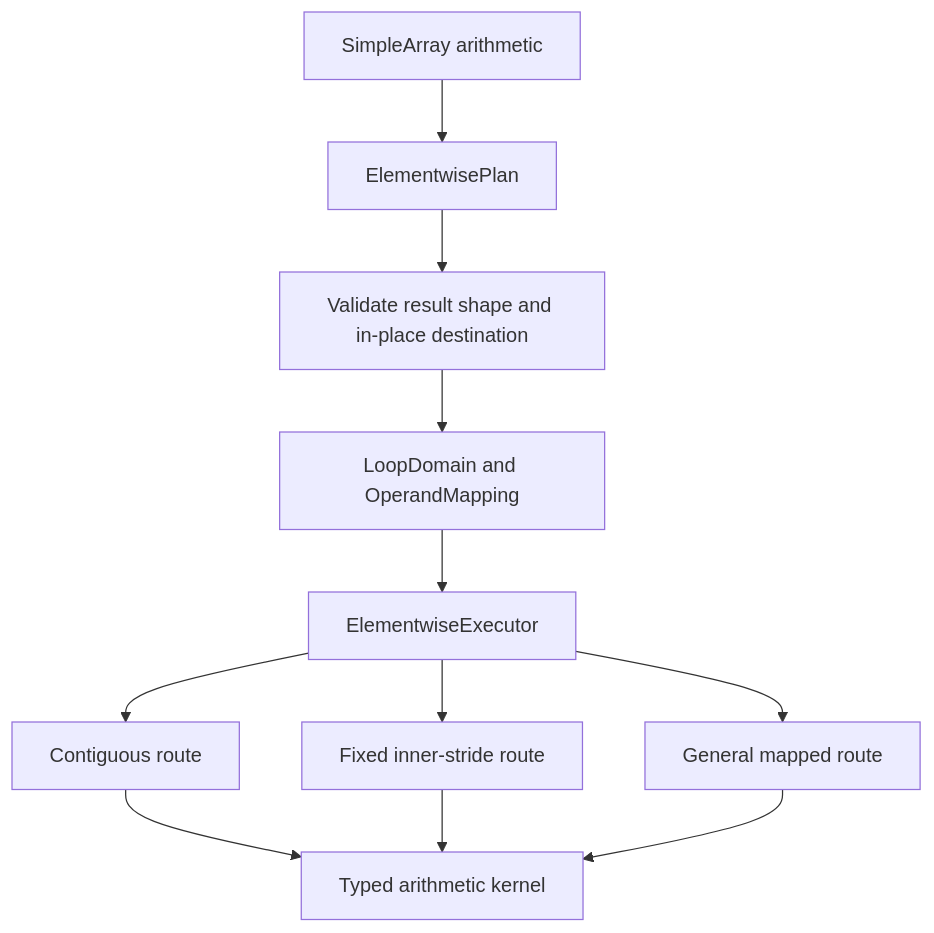
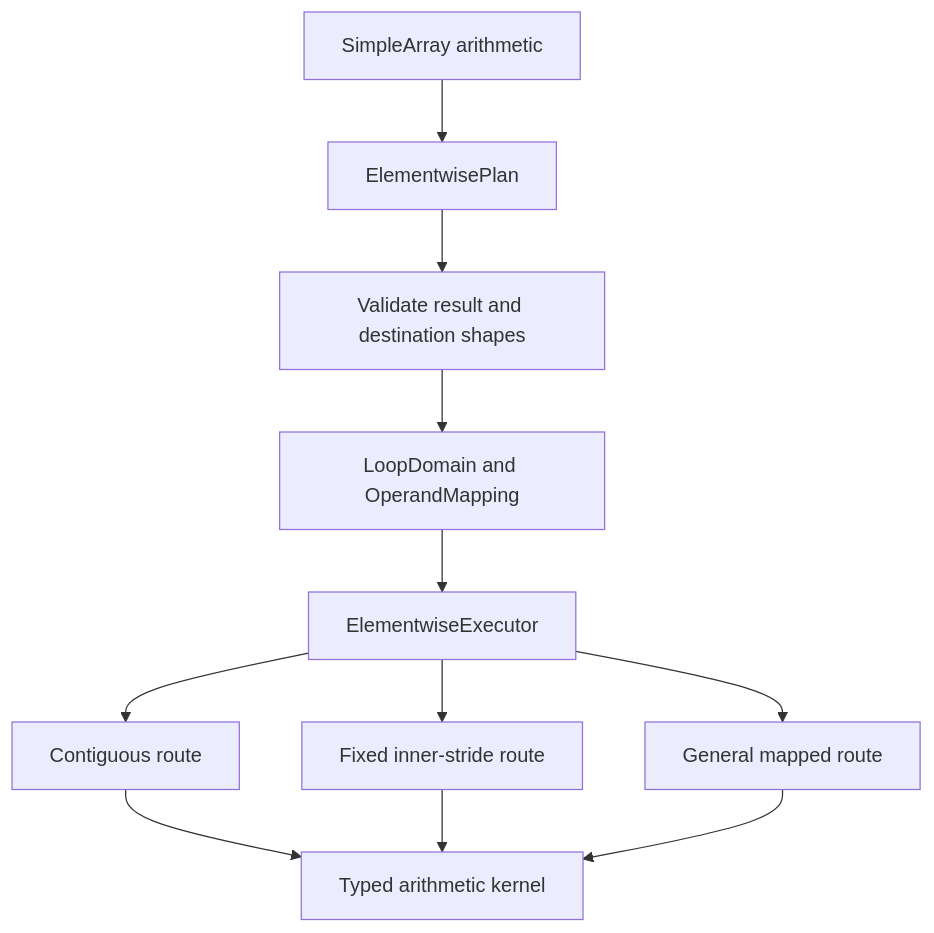
Before and after one commit to ThreeMonth03/solvcon: the diagram in doc/source/devplan/elementwise-broadcast-execution/issue-draft.md, drawn with Mermaid. The commit also changed other lines of this file and 1 other file, not shown here.

````diff
--- a/doc/source/devplan/elementwise-broadcast-execution/issue-draft.md
+++ b/doc/source/devplan/elementwise-broadcast-execution/issue-draft.md
@@ -83,13 +68,13 @@
 ```mermaid
 flowchart TD
     A["SimpleArray arithmetic"] --> P["ElementwisePlan"]
-    P --> V["Validate result shape and in-place destination"]
+    P --> V["Validate result and destination shapes"]
     V --> D["LoopDomain and OperandMapping"]
     D --> E["ElementwiseExecutor"]
     E --> C["Contiguous route"]
     E --> S["Fixed inner-stride route"]
     E --> M["General mapped route"]
     C --> K["Typed arithmetic kernel"]
     S --> K
     M --> K
 ```
````
